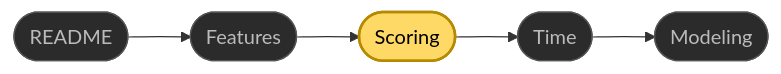
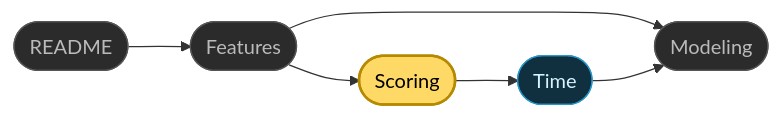
The second of 2 diagrams in docs/scoring.md (jmaroszek/Skill-Tree), drawn with Mermaid before and after one commit. The commit also changed 4 other files, not shown here.

````diff
--- a/docs/scoring.md
+++ b/docs/scoring.md
@@ -461,8 +461,15 @@
 ```mermaid
 flowchart LR
-    R(["README"]) --> F(["Features"]) --> S(["Scoring"]) --> T(["Time"]) --> M(["Modeling"])
+    R(["README"]) --> F(["Features"])
+    F --> M(["Modeling"])
+    F --> S(["Scoring"])
+    S --> T(["Time"])
+    T --> M
+
     classDef current fill:#ffd966,stroke:#b58900,stroke-width:2px,color:#000;
     classDef other fill:#2b2b2b,stroke:#555,color:#bbb;
+    classDef technical fill:#102f3f,stroke:#2496c7,color:#d7f4ff;
     class S current
-    class R,F,T,M other
+    class R,F,M other
+    class T technical
 ```
````
